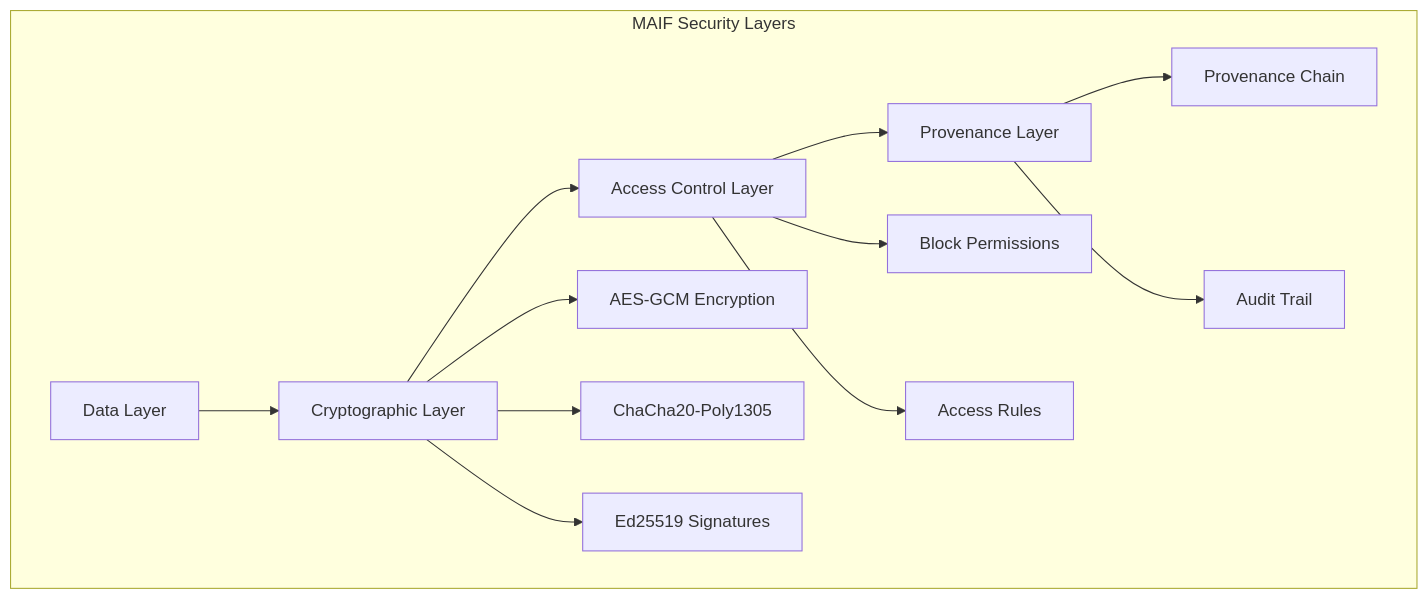
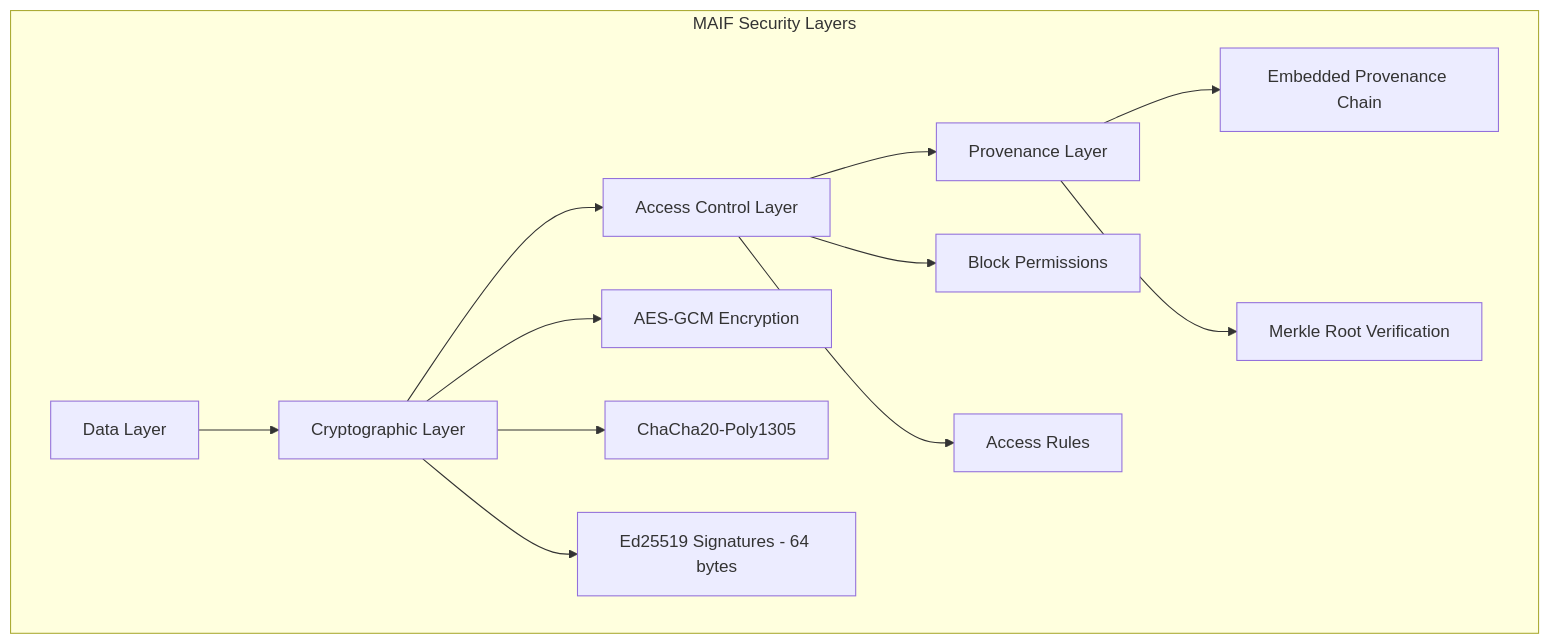
The diagram in docs/guide/security-model.md (vineethsai/maif), drawn with Mermaid before and after one commit. The commit also changed other lines of this file and 107 other files, not shown here.

````diff
--- a/docs/guide/security-model.md
+++ b/docs/guide/security-model.md
@@ -15,23 +15,23 @@
 ```mermaid
 graph TB
     subgraph "MAIF Security Layers"
         L1[Data Layer]
         L2[Cryptographic Layer]
         L3[Access Control Layer]
         L4[Provenance Layer]
         
         L1 --> L2
         L2 --> L3
         L3 --> L4
         
         L2 --> C1[AES-GCM Encryption]
         L2 --> C2[ChaCha20-Poly1305]
-        L2 --> C3[Ed25519 Signatures]
+        L2 --> C3[Ed25519 Signatures - 64 bytes]
         
         L3 --> A1[Block Permissions]
         L3 --> A2[Access Rules]
         
-        L4 --> P1[Provenance Chain]
-        L4 --> P2[Audit Trail]
+        L4 --> P1[Embedded Provenance Chain]
+        L4 --> P2[Merkle Root Verification]
     end
 ```
````
